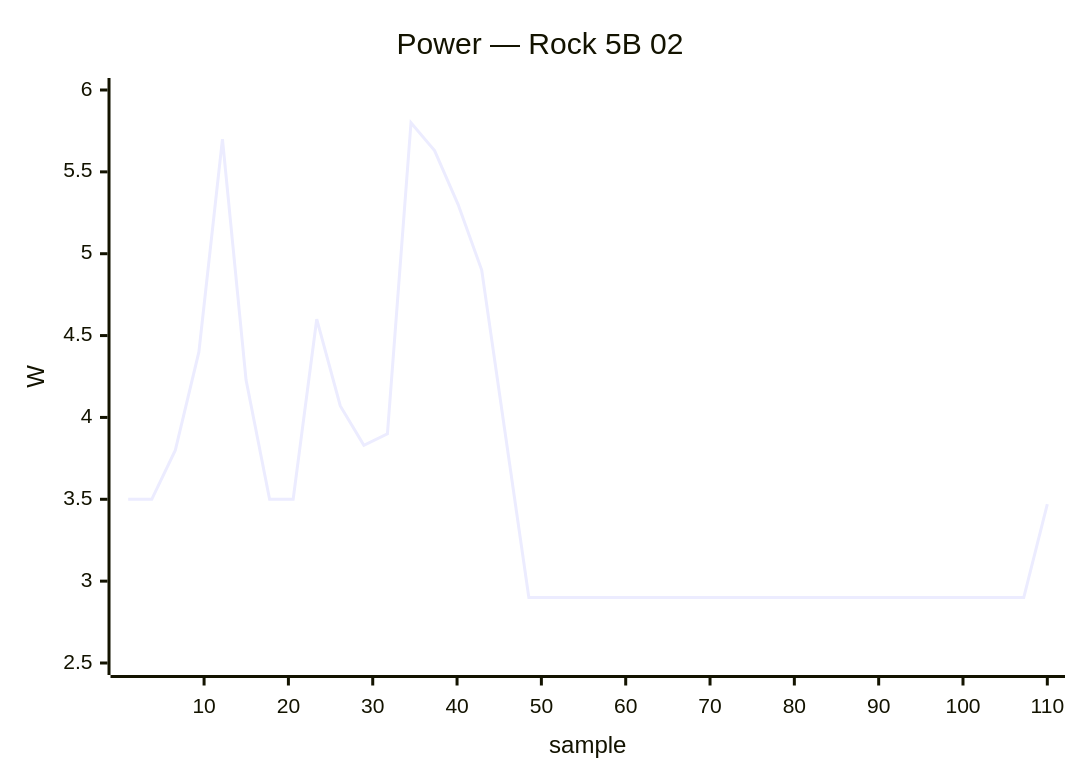
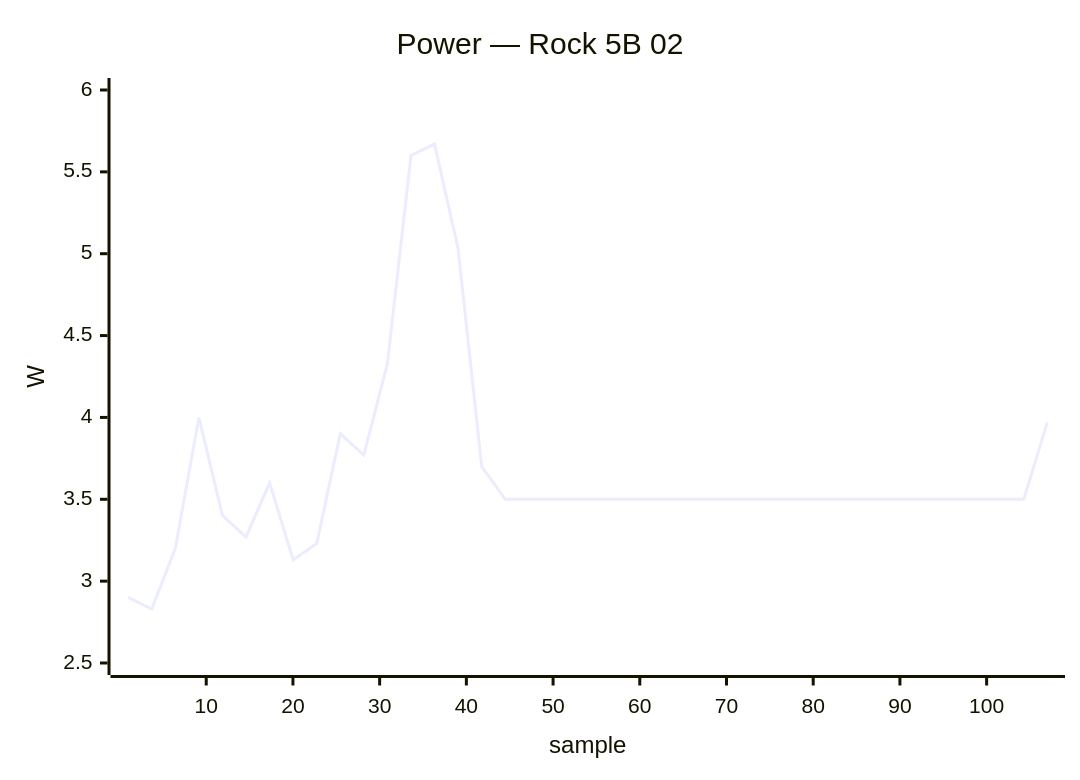
The fourth of 33 diagrams in docs/status/board-tests.md (armbian/documentation), drawn with Mermaid before and after one commit. The commit also changed other lines of this file, not shown here.

````diff
--- a/docs/status/board-tests.md
+++ b/docs/status/board-tests.md
@@ -205,7 +205,7 @@
 ```mermaid
 xychart-beta
     title "Power — Rock 5B 02"
-    x-axis "sample" 1 --> 110
+    x-axis "sample" 1 --> 107
     y-axis "W" 2.5 --> 6.0
-    line [3.50, 3.50, 3.80, 4.40, 5.70, 4.23, 3.50, 3.50, 4.60, 4.07, 3.83, 3.90, 5.80, 5.63, 5.30, 4.90, 3.90, 2.90, 2.90, 2.90, 2.90, 2.90, 2.90, 2.90, 2.90, 2.90, 2.90, 2.90, 2.90, 2.90, 2.90, 2.90, 2.90, 2.90, 2.90, 2.90, 2.90, 2.90, 2.90, 3.47]
+    line [2.90, 2.83, 3.20, 4.00, 3.40, 3.27, 3.60, 3.13, 3.23, 3.90, 3.77, 4.33, 5.60, 5.67, 5.03, 3.70, 3.50, 3.50, 3.50, 3.50, 3.50, 3.50, 3.50, 3.50, 3.50, 3.50, 3.50, 3.50, 3.50, 3.50, 3.50, 3.50, 3.50, 3.50, 3.50, 3.50, 3.50, 3.50, 3.50, 3.97]
 ```
````
